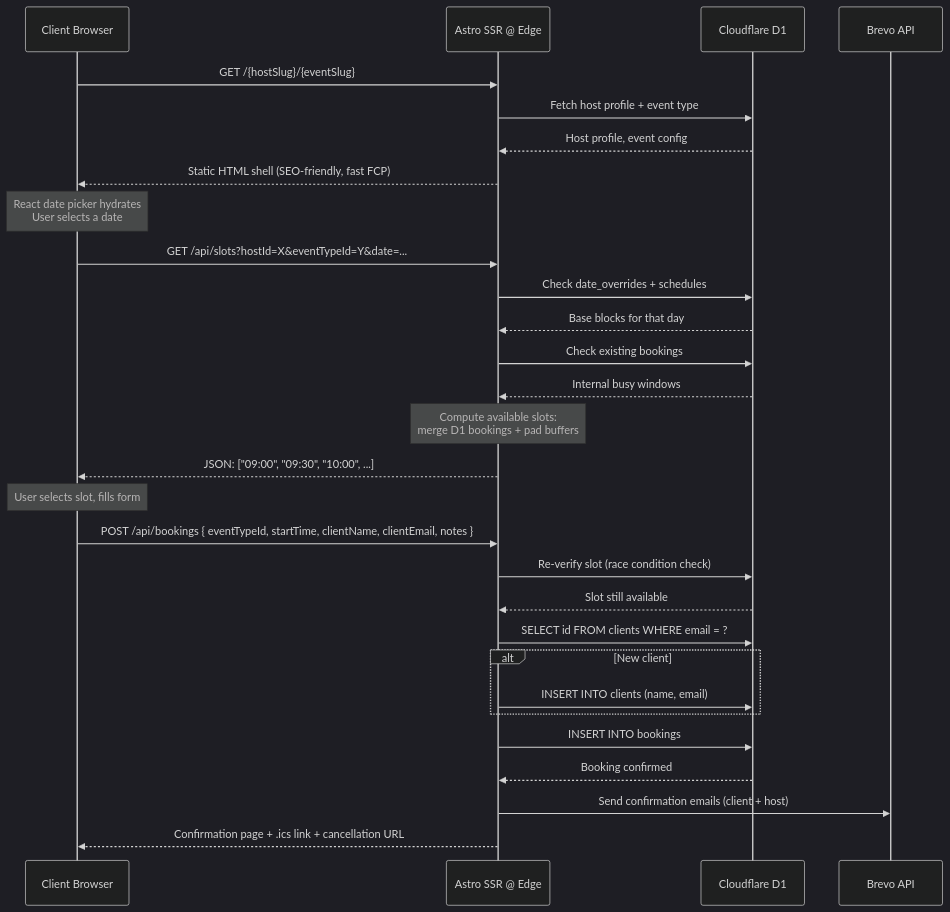
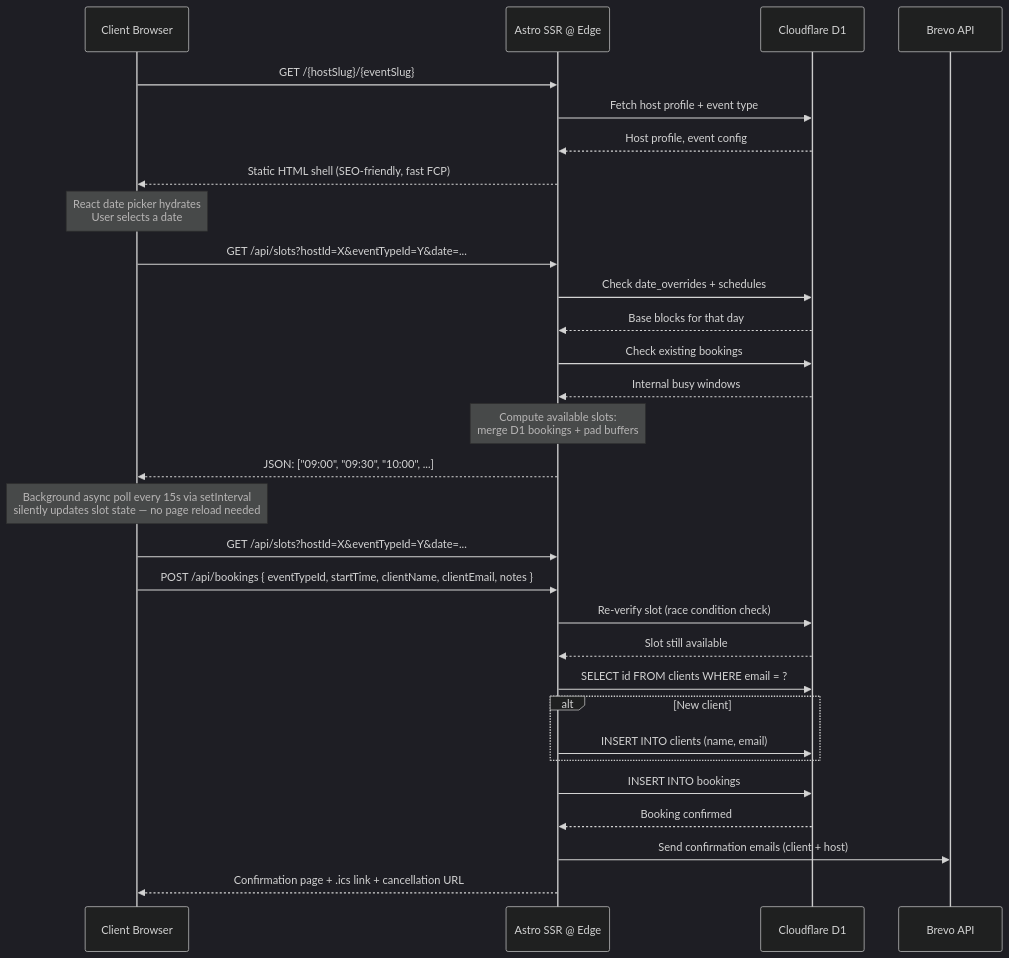
The second of 6 diagrams in prd/system-design.md (SASS-Killers/OpenSchedule), drawn with Mermaid (dark theme) before and after one commit. The commit also changed other lines of this file and 3 other files, not shown here.

Commit message:
add background polling for slot sync, clarify async no page reload

````diff
--- a/prd/system-design.md
+++ b/prd/system-design.md
@@ -190,45 +191,47 @@
 ```mermaid
 sequenceDiagram
     participant Browser as Client Browser
     participant Astro as Astro SSR @ Edge
     participant D1 as Cloudflare D1
     participant Brevo as Brevo API
 
     Browser->>Astro: GET /{hostSlug}/{eventSlug}
     Astro->>D1: Fetch host profile + event type
     D1-->>Astro: Host profile, event config
     Astro-->>Browser: Static HTML shell (SEO-friendly, fast FCP)
 
     Note over Browser: React date picker hydrates<br/>User selects a date
 
     Browser->>Astro: GET /api/slots?hostId=X&eventTypeId=Y&date=...
 
     Astro->>D1: Check date_overrides + schedules
     D1-->>Astro: Base blocks for that day
 
     Astro->>D1: Check existing bookings
     D1-->>Astro: Internal busy windows
 
     Note over Astro: Compute available slots:<br/>merge D1 bookings + pad buffers
 
     Astro-->>Browser: JSON: ["09:00", "09:30", "10:00", ...]
 
-    Note over Browser: User selects slot, fills form
+    Note over Browser: Background async poll every 15s via setInterval<br/>silently updates slot state — no page reload needed
+
+    Browser->>Astro: GET /api/slots?hostId=X&eventTypeId=Y&date=...
 
     Browser->>Astro: POST /api/bookings { eventTypeId, startTime, clientName, clientEmail, notes }
 
     Astro->>D1: Re-verify slot (race condition check)
     D1-->>Astro: Slot still available
 
     Astro->>D1: SELECT id FROM clients WHERE email = ?
     alt New client
         Astro->>D1: INSERT INTO clients (name, email)
     end
 
     Astro->>D1: INSERT INTO bookings
     D1-->>Astro: Booking confirmed
 
     Astro->>Brevo: Send confirmation emails (client + host)
 
     Astro-->>Browser: Confirmation page + .ics link + cancellation URL
 ```
````
